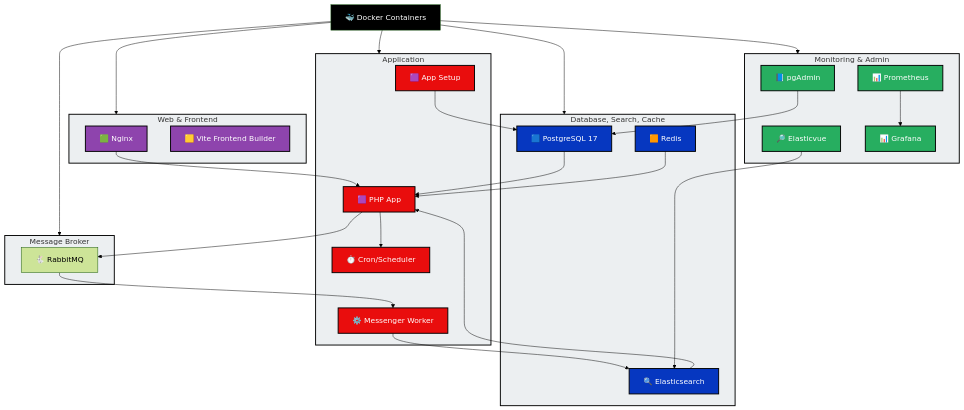
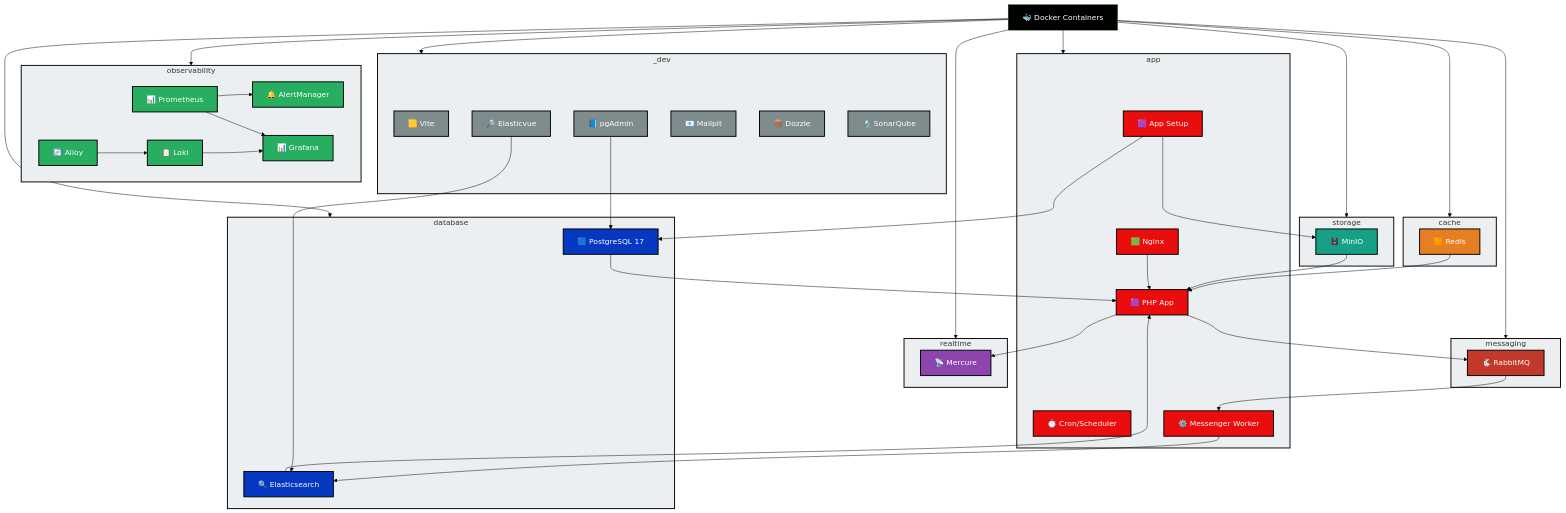
One commit to developer-samuel/levelup-store changed the diagram in docs/diagrams/graphs/devops/docker.mmd. Above: the diagram before and after it, drawn with Mermaid (forest theme). The commit also changed 12 other files, not shown here.

Commit message:
docs: update architecture diagrams and environment documentation

```diff
--- a/docs/diagrams/graphs/devops/docker.mmd
+++ b/docs/diagrams/graphs/devops/docker.mmd
@@ -1,90 +1,125 @@
 graph TD
     %% Subgraph styles
-    style DatabaseCache fill:#eceff1, stroke:#000, stroke-width:2px;
-    style MessageBroker fill:#eceff1, stroke:#000, stroke-width:2px;
+    style Database fill:#eceff1, stroke:#000, stroke-width:2px;
+    style Cache fill:#eceff1, stroke:#000, stroke-width:2px;
+    style Messaging fill:#eceff1, stroke:#000, stroke-width:2px;
+    style Storage fill:#eceff1, stroke:#000, stroke-width:2px;
+    style Realtime fill:#eceff1, stroke:#000, stroke-width:2px;
     style App fill:#eceff1, stroke:#000, stroke-width:2px;
-    style Web fill:#eceff1, stroke:#000, stroke-width:2px;
-    style Monitoring fill:#eceff1, stroke:#000, stroke-width:2px;
+    style Observability fill:#eceff1, stroke:#000, stroke-width:2px;
+    style DevTools fill:#eceff1, stroke:#000, stroke-width:2px;
 
     %% Class Styles
     classDef docker fill:#000, color:#fff;
-    classDef database_cache fill:#0637c0, color:#fff, stroke:#000, stroke-width:2px;
+    classDef database fill:#0637c0, color:#fff, stroke:#000, stroke-width:2px;
+    classDef cache fill:#e67e22, color:#fff, stroke:#000, stroke-width:2px;
+    classDef messaging fill:#c0392b, color:#fff, stroke:#000, stroke-width:2px;
+    classDef storage fill:#16a085, color:#fff, stroke:#000, stroke-width:2px;
+    classDef realtime fill:#8e44ad, color:#fff, stroke:#000, stroke-width:2px;
     classDef app fill:#e90d0d, color:#fff, stroke:#000, stroke-width:2px;
-    classDef web fill:#8e44ad, color:#fff, stroke:#000, stroke-width:2px;
-    classDef monitoring fill:#27ae60, color:#fff, stroke:#000, stroke-width:2px;
+    classDef observability fill:#27ae60, color:#fff, stroke:#000, stroke-width:2px;
+    classDef devtools fill:#7f8c8d, color:#fff, stroke:#000, stroke-width:2px;
 
     %% Root
     Docker[🐳 Docker Containers]:::docker
 
     %% ----------------------------------------
     %% Subgraphs
     %% ----------------------------------------
 
-    %% Databases
-    subgraph DatabaseCache["Database, Search, Cache"]
+    subgraph Database["database"]
         Postgres[🟦 PostgreSQL 17]
         Elasticsearch[🔍 Elasticsearch]
+    end
+
+    subgraph Cache["cache"]
         Redis[🟧 Redis]
     end
 
-    %% Message Broker
-    subgraph MessageBroker["Message Broker"]
+    subgraph Messaging["messaging"]
         RabbitMQ[🐇 RabbitMQ]
     end
 
-    %% App Layer
-    subgraph App["Application"]
+    subgraph Storage["storage"]
+        MinIO[🗄️ MinIO]
+    end
+
+    subgraph Realtime["realtime"]
+        Mercure[📡 Mercure]
+    end
+
+    subgraph App["app"]
         AppMain[🟪 PHP App]
         AppSetup[🟪 App Setup]
         Cron[⏱️ Cron/Scheduler]
         Worker[⚙️ Messenger Worker]
+        Nginx[🟩 Nginx]
     end
 
-    %% Web Layer
-    subgraph Web["Web & Frontend"]
-        Nginx[🟩 Nginx]
-        Vite[🟨 Vite Frontend Builder]
-    end
-
-    %% Admin / Monitoring
-    subgraph Monitoring["Monitoring & Admin"]
-        PgAdmin[📘 pgAdmin]
-        Elasticvue[🔎 Elasticvue]
+    subgraph Observability["observability"]
         Prometheus[📊 Prometheus]
+        AlertManager[🔔 AlertManager]
+        Loki[📋 Loki]
+        Alloy[🔄 Alloy]
         Grafana[📊 Grafana]
     end
 
+    subgraph DevTools["_dev"]
+        Vite[🟨 Vite]
+        PgAdmin[📘 pgAdmin]
+        Elasticvue[🔎 Elasticvue]
+        Mailpit[📧 Mailpit]
+        Dozzle[🪵 Dozzle]
+        SonarQube[🔬 SonarQube]
+    end
+
     %% Classes
-    class Postgres,Elasticsearch,Redis database_cache;
-    class AppMain,AppSetup,Cron,Worker app;
-    class Nginx,Vite web;
-    class PgAdmin,Prometheus,Grafana,Elasticvue monitoring;
+    class Postgres,Elasticsearch database;
+    class Redis cache;
+    class RabbitMQ messaging;
+    class MinIO storage;
+    class Mercure realtime;
+    class AppMain,AppSetup,Cron,Worker,Nginx app;
+    class Prometheus,AlertManager,Loki,Alloy,Grafana observability;
+    class Vite,PgAdmin,Elasticvue,Mailpit,Dozzle,SonarQube devtools;
 
     %% Connections
-    Docker --> DatabaseCache
-    Docker --> MessageBroker
+    Docker --> Database
+    Docker --> Cache
+    Docker --> Messaging
+    Docker --> Storage
+    Docker --> Realtime
     Docker --> App
-    Docker --> Web
-    Docker --> Monitoring
+    Docker --> Observability
+    Docker --> DevTools
 
     %% App reads from data stores
     Postgres --> AppMain
     Elasticsearch --> AppMain
     Redis --> AppMain
+    MinIO --> AppMain
 
-    %% App publishes messages to broker
+    %% App publishes messages
     AppMain --> RabbitMQ
+    AppMain --> Mercure
 
-    %% Worker consumes from broker and indexes to Elasticsearch
+    %% Worker consumes and indexes
     RabbitMQ --> Worker
     Worker --> Elasticsearch
 
-    %% Setup & web
+    %% Setup
     AppSetup --> Postgres
-    AppMain --> Cron
+    AppSetup --> MinIO
+
+    %% Web
     Nginx --> AppMain
 
-    %% Admin & monitoring
+    %% Observability
+    Alloy --> Loki
+    Prometheus --> AlertManager
+    Prometheus --> Grafana
+    Loki --> Grafana
+
+    %% Dev tools
     PgAdmin --> Postgres
     Elasticvue --> Elasticsearch
-    Prometheus --> Grafana
```
